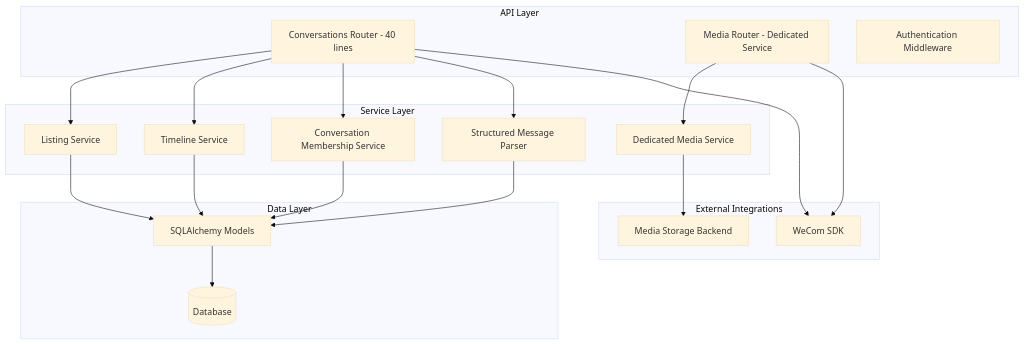
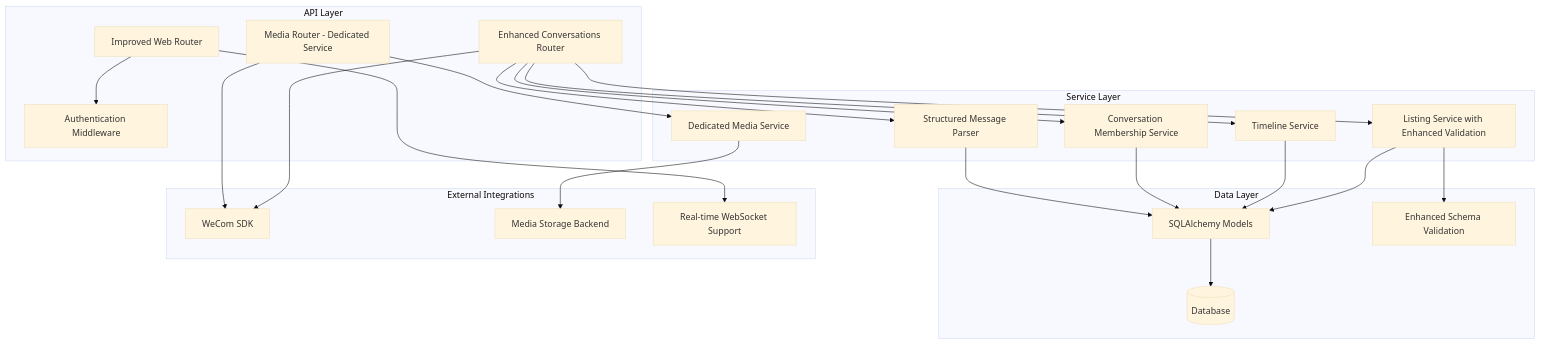
Before and after one commit to zuohaisu/wecom-archive: the first of 3 diagrams in .qoder/repowiki/en/content/API Reference/Conversations API.md, drawn with Mermaid (base theme). The commit also changed other lines of this file and 95 other files, not shown here.

````diff
--- a/.qoder/repowiki/en/content/API Reference/Conversations API.md
+++ b/.qoder/repowiki/en/content/API Reference/Conversations API.md
@@ -63,36 +65,42 @@
 ```mermaid
 graph TB
 subgraph "API Layer"
-ConversationsRouter[Conversations Router - 40 lines]
+ConversationsRouter[Enhanced Conversations Router]
+WebRouter[Improved Web Router]
 MediaRouter[Media Router - Dedicated Service]
 Auth[Authentication Middleware]
 end
 subgraph "Service Layer"
-ListingService[Listing Service]
+ListingService[Listing Service with Enhanced Validation]
 TimelineService[Timeline Service]
 Membership[Conversation Membership Service]
 Parser[Structured Message Parser]
 MediaService[Dedicated Media Service]
 end
 subgraph "Data Layer"
 Models[SQLAlchemy Models]
 DB[(Database)]
+SchemaValidation[Enhanced Schema Validation]
 end
 subgraph "External Integrations"
 WeCom[WeCom SDK]
 Storage[Media Storage Backend]
+WebSocket[Real-time WebSocket Support]
 end
 ConversationsRouter --> ListingService
 ConversationsRouter --> TimelineService
 ConversationsRouter --> Membership
 ConversationsRouter --> Parser
+WebRouter --> Auth
 MediaRouter --> MediaService
 MediaService --> Storage
 ListingService --> Models
+ListingService --> SchemaValidation
 TimelineService --> Models
 Membership --> Models
 Parser --> Models
 Models --> DB
 ConversationsRouter --> WeCom
 MediaRouter --> WeCom
+WebRouter --> WebSocket
 ```
````
